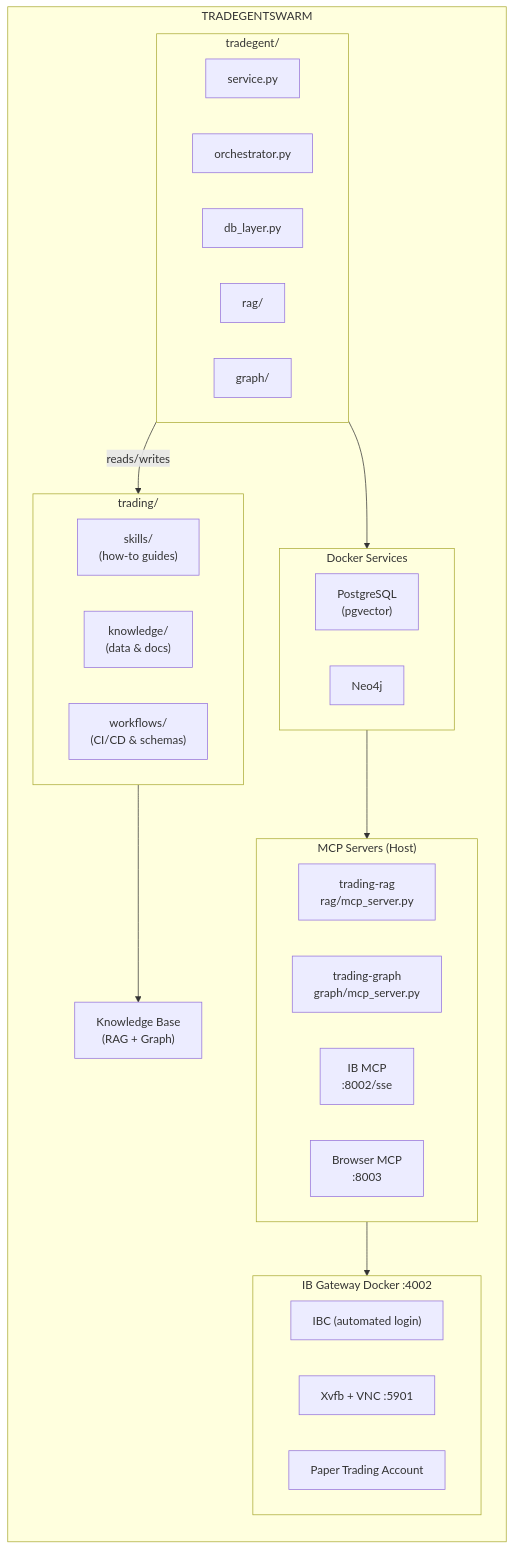
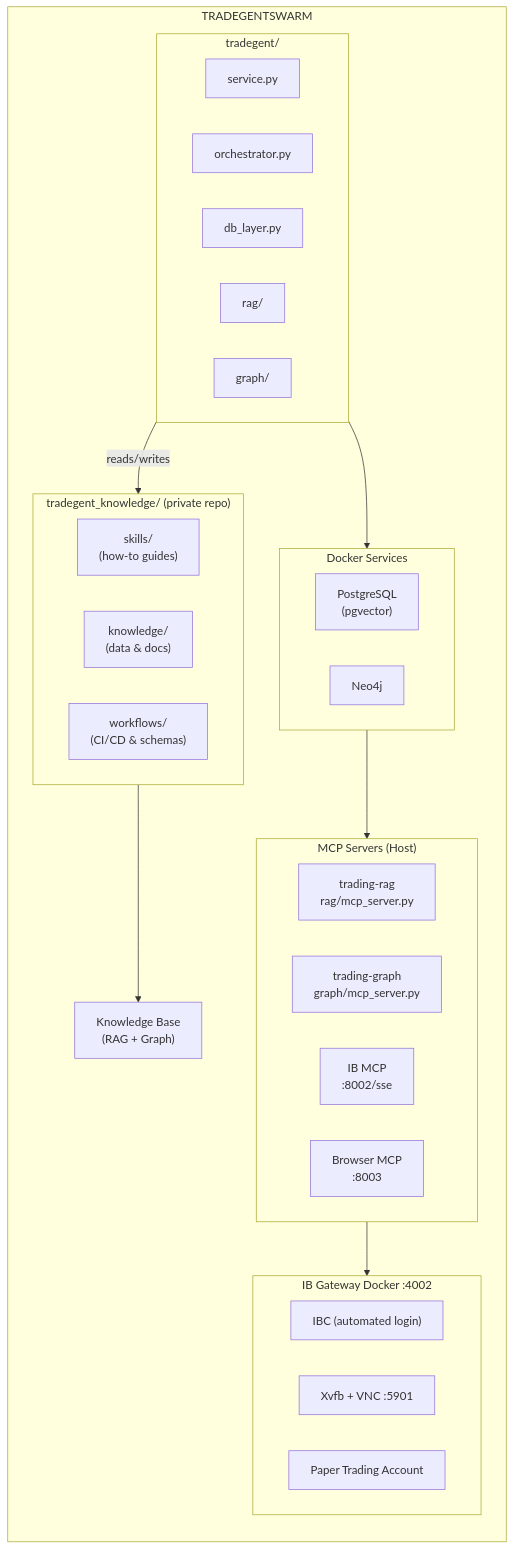
The diagram in README.md (vladm3105/TradegentSwarm), drawn with Mermaid before and after one commit. The commit also changed other lines of this file and 4 other files, not shown here.

````diff
--- a/README.md
+++ b/README.md
@@ -11,47 +11,47 @@
 ```mermaid
 flowchart TB
     subgraph TRADEGENTSWARM["TRADEGENTSWARM"]
         direction TB
 
         subgraph Platform["tradegent/"]
             service["service.py"]
             orchestrator["orchestrator.py"]
             db_layer["db_layer.py"]
             rag_mod["rag/"]
             graph_mod["graph/"]
         end
 
-        subgraph Trading["trading/"]
+        subgraph Knowledge["tradegent_knowledge/ (private repo)"]
             skills["skills/<br/>(how-to guides)"]
             knowledge["knowledge/<br/>(data & docs)"]
             workflows["workflows/<br/>(CI/CD & schemas)"]
         end
 
-        Platform -->|"reads/writes"| Trading
-        Trading --> KB["Knowledge Base<br/>(RAG + Graph)"]
+        Platform -->|"reads/writes"| Knowledge
+        Knowledge --> KB["Knowledge Base<br/>(RAG + Graph)"]
 
         subgraph Docker["Docker Services"]
             postgres["PostgreSQL<br/>(pgvector)"]
             neo4j["Neo4j"]
         end
 
         Platform --> Docker
 
         subgraph MCP["MCP Servers (Host)"]
             rag_mcp["trading-rag<br/>rag/mcp_server.py"]
             graph_mcp["trading-graph<br/>graph/mcp_server.py"]
             ib_mcp["IB MCP<br/>:8002/sse"]
             browser_mcp["Browser MCP<br/>:8003"]
         end
 
         Docker --> MCP
 
         subgraph IBGateway["IB Gateway Docker :4002"]
             ibc["IBC (automated login)"]
             vnc["Xvfb + VNC :5901"]
             paper["Paper Trading Account"]
         end
 
         MCP --> IBGateway
     end
 ```
````
